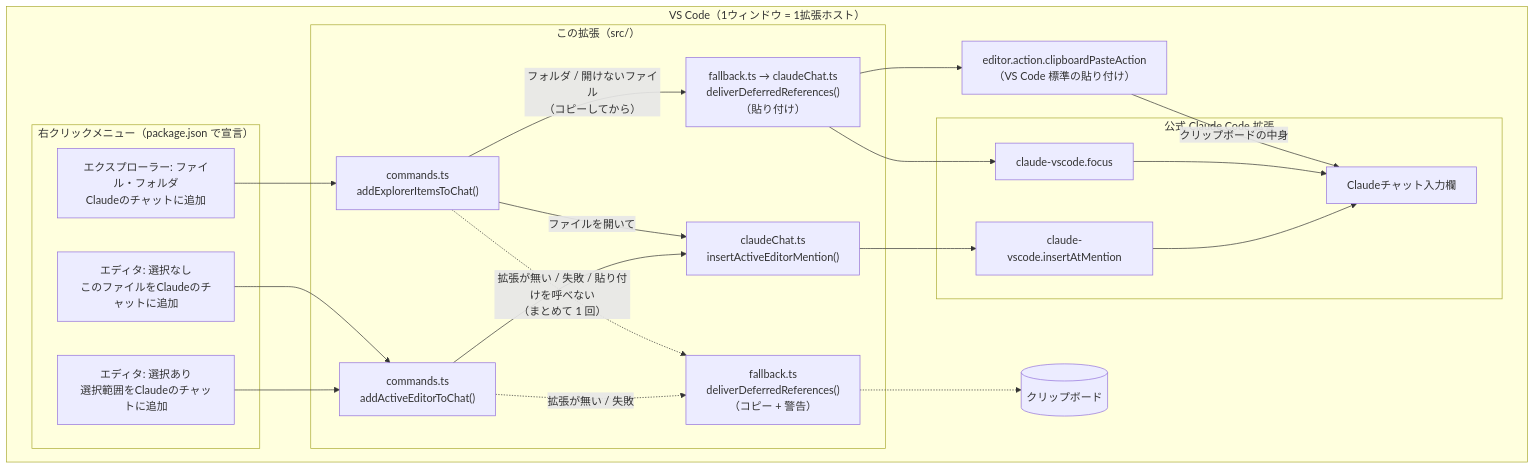
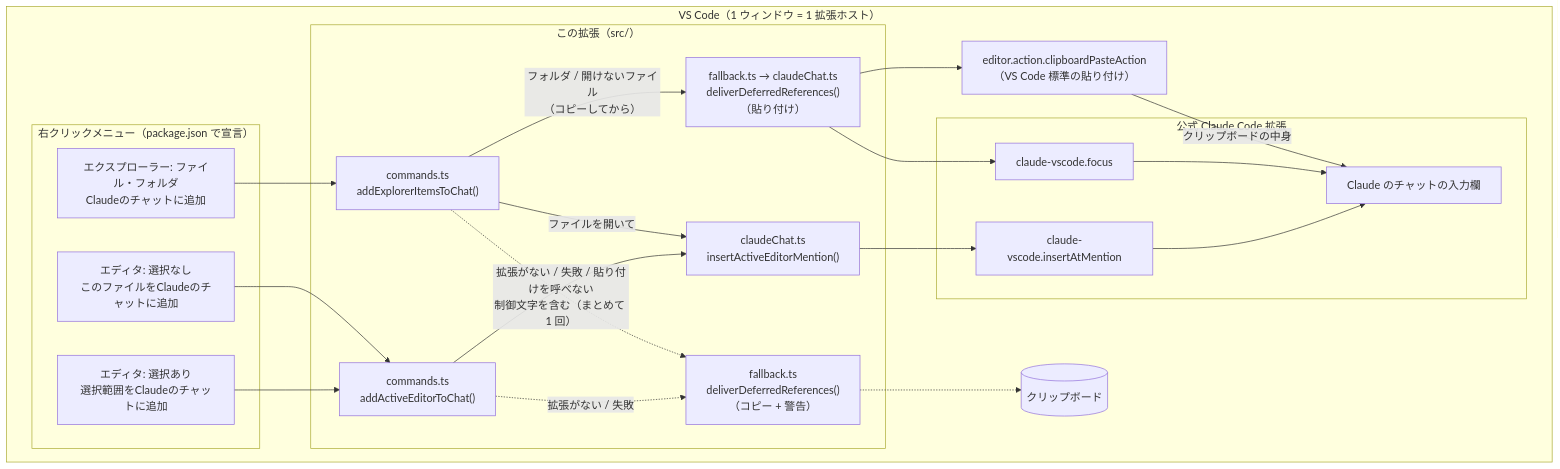
Before and after one commit to kip2/refs-to-chat: the first of 7 diagrams in docs/ARCHITECTURE.md, drawn with Mermaid. The commit also changed other lines of this file and 17 other files, not shown here.

````diff
--- a/docs/ARCHITECTURE.md
+++ b/docs/ARCHITECTURE.md
@@ -15,44 +15,44 @@
 ```mermaid
 flowchart LR
-  subgraph VSCode["VS Code（1ウィンドウ = 1拡張ホスト）"]
+  subgraph VSCode["VS Code（1 ウィンドウ = 1 拡張ホスト）"]
     direction LR
     subgraph Menus["右クリックメニュー（package.json で宣言）"]
       M1["エディタ: 選択あり<br/>選択範囲をClaudeのチャットに追加"]
       M2["エディタ: 選択なし<br/>このファイルをClaudeのチャットに追加"]
       M3["エクスプローラー: ファイル・フォルダ<br/>Claudeのチャットに追加"]
     end
 
     subgraph Ext["この拡張（src/）"]
       SAE["commands.ts<br/>addActiveEditorToChat()"]
       SF["commands.ts<br/>addExplorerItemsToChat()"]
       STC["claudeChat.ts<br/>insertActiveEditorMention()"]
       PST["fallback.ts → claudeChat.ts<br/>deliverDeferredReferences()<br/>（貼り付け）"]
       FB["fallback.ts<br/>deliverDeferredReferences()<br/>（コピー + 警告）"]
     end
 
     subgraph Claude["公式 Claude Code 拡張"]
       C1["claude-vscode.insertAtMention"]
       C2["claude-vscode.focus"]
-      P["Claudeチャット入力欄"]
+      P["Claude のチャットの入力欄"]
     end
 
     CB[("クリップボード")]
     PASTE["editor.action.clipboardPasteAction<br/>（VS Code 標準の貼り付け）"]
   end
 
   M1 --> SAE
   M2 --> SAE
   M3 --> SF
   SAE --> STC
   SF -->|ファイルを開いて| STC
   STC --> C1
   C1 --> P
   SF -->|フォルダ / 開けないファイル<br/>（コピーしてから）| PST
   PST --> C2
   C2 --> P
   PST --> PASTE
   PASTE -->|クリップボードの中身| P
-  SAE -.->|拡張が無い / 失敗| FB
-  SF -.->|拡張が無い / 失敗 / 貼り付けを呼べない<br/>（まとめて 1 回）| FB
+  SAE -.->|拡張がない / 失敗| FB
+  SF -.->|拡張がない / 失敗 / 貼り付けを呼べない<br/>制御文字を含む（まとめて 1 回）| FB
   FB -.-> CB
 ```
````
